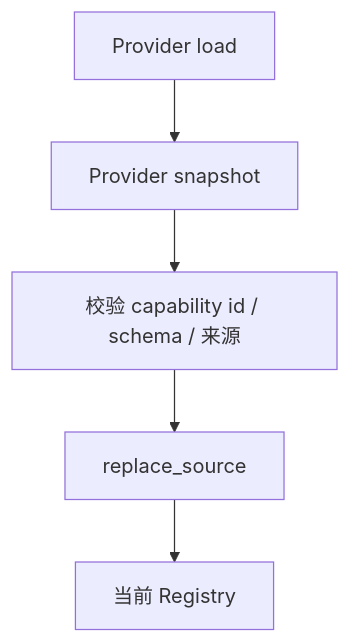
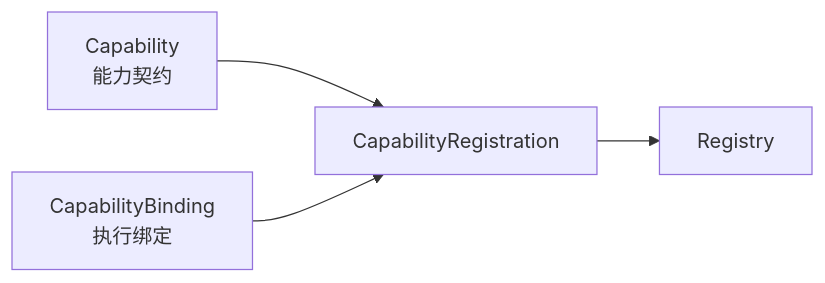
Before and after one commit to Arthur999459up/GitAgent: the second of 15 diagrams in docs/05-capability-and-tool-system.md, drawn with Mermaid. The commit also changed other lines of this file and 3 other files, not shown here.

````diff
--- a/docs/05-capability-and-tool-system.md
+++ b/docs/05-capability-and-tool-system.md
@@ -64,7 +83,6 @@
 ```mermaid
-flowchart TD
-    P[Provider load] --> S[Provider snapshot]
-    S --> V[校验 capability id / schema / 来源]
-    V --> R[replace_source]
-    R --> C[当前 Registry]
+flowchart LR
+    C[Capability<br/>能力契约] --> R[CapabilityRegistration]
+    B[CapabilityBinding<br/>执行绑定] --> R
+    R --> REG[Registry]
 ```
````
